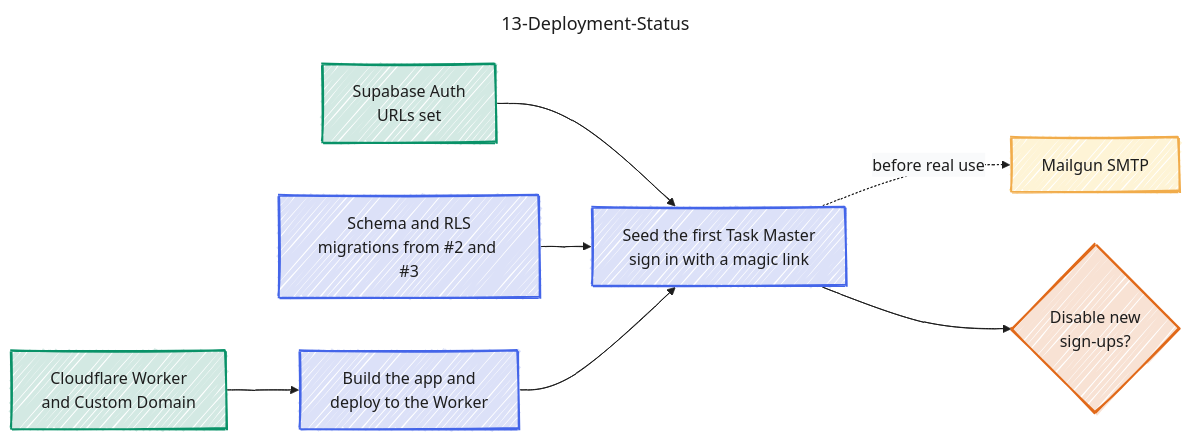
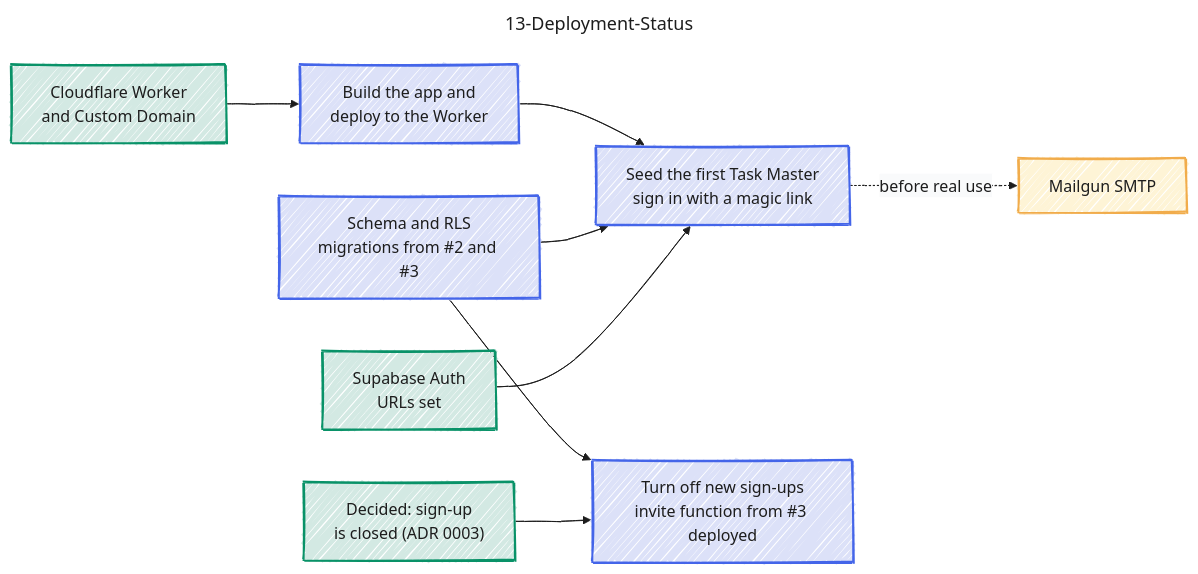
The diagram in docs/diagram/13-Deployment-Status.md (jedt3d/tasuku), drawn with Mermaid before and after one commit. The commit also changed other lines of this file and 19 other files, not shown here.

First line of the commit message:
docs: settle the open diagram gaps and close sign-up

```diff
--- a/docs/diagram/13-Deployment-Status.md
+++ b/docs/diagram/13-Deployment-Status.md
@@ -81,17 +81,20 @@
 flowchart LR
   cf["Cloudflare Worker<br/>and Custom Domain"]:::green
   auth["Supabase Auth<br/>URLs set"]:::green
+  decided["Decided: sign-up<br/>is closed (ADR 0003)"]:::green
   schema["Schema and RLS<br/>migrations from #2 and #3"]:::blue
   app["Build the app and<br/>deploy to the Worker"]:::blue
   seed["Seed the first Task Master<br/>sign in with a magic link"]:::blue
+  signup["Turn off new sign-ups<br/>invite function from #3 deployed"]:::blue
   mailgun["Mailgun SMTP"]:::yellow
-  signup{"Disable new<br/>sign-ups?"}:::orange
   cf --> app
   auth --> seed
   schema --> seed
   app --> seed
+  decided --> signup
+  schema --> signup
   seed -.->|"before real use"| mailgun
-  seed --> signup
+
 
   classDef blue    fill:#dce1f8,stroke:#4465e9,stroke-width:2px,color:#1d1d1d
   classDef lblue   fill:#ddeefc,stroke:#4ba1f1,stroke-width:2px,color:#1d1d1d
```
